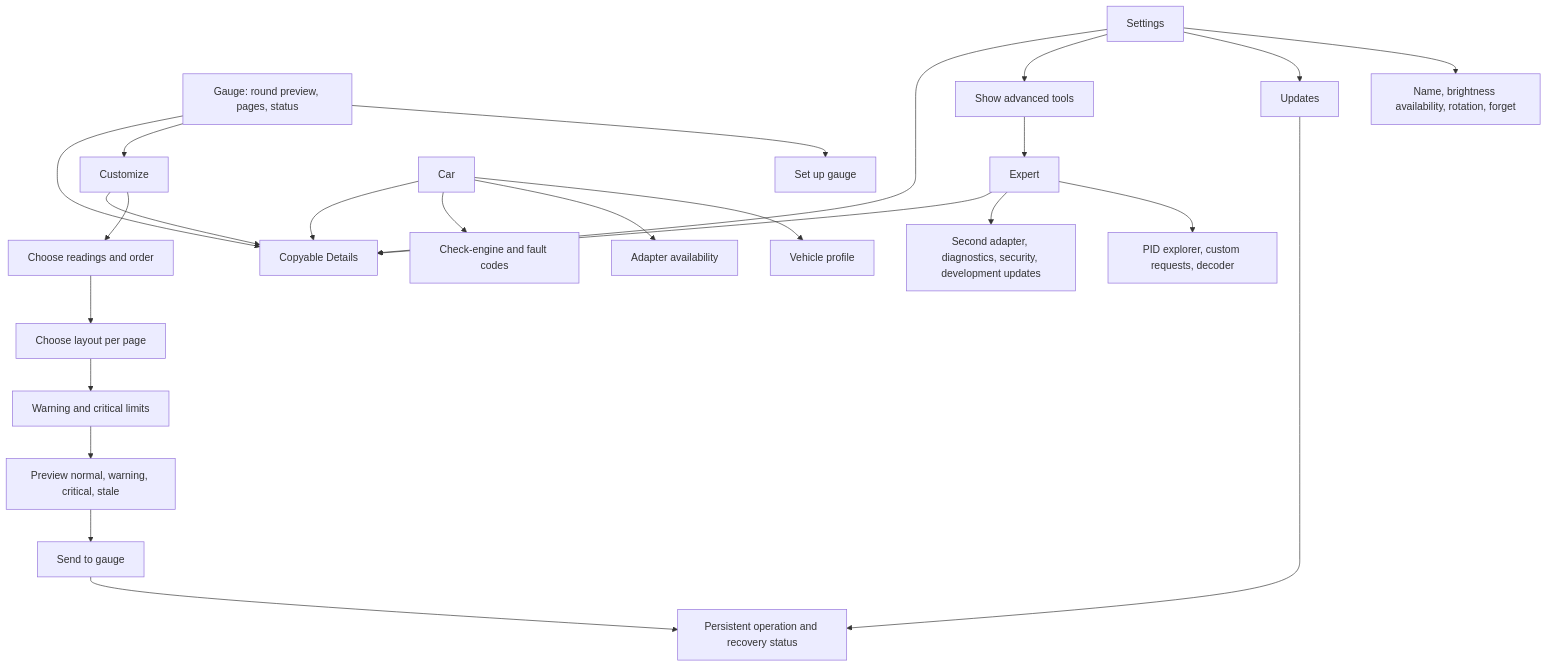
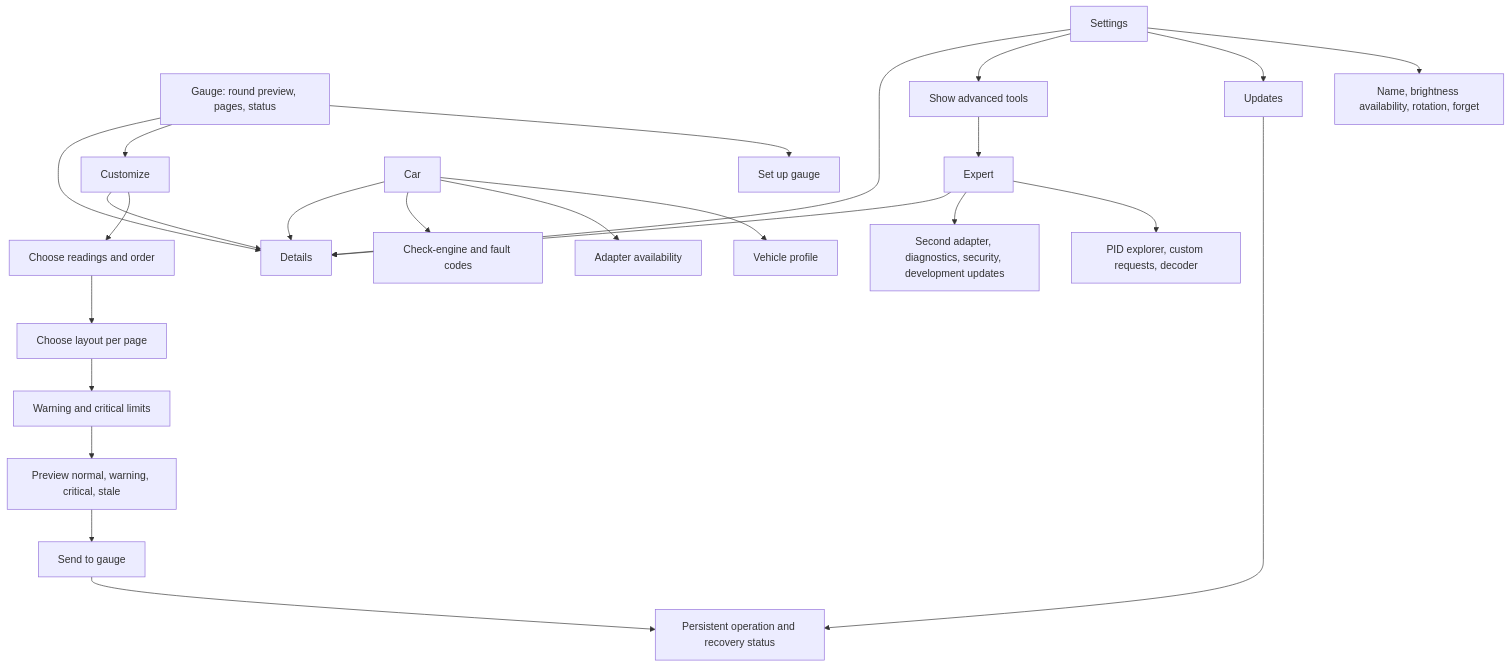
Before and after one commit to lstepnio/ESP32OBD2: the diagram in docs/design/redesign/concept.md, drawn with Mermaid. The commit also changed other lines of this file and 11 other files, not shown here.

````diff
--- a/docs/design/redesign/concept.md
+++ b/docs/design/redesign/concept.md
@@ -7,21 +7,21 @@
 ```mermaid
 flowchart TD
   Gauge[Gauge: round preview, pages, status] --> Setup[Set up gauge]
   Gauge --> Customize[Customize]
   Customize --> Readings[Choose readings and order]
   Readings --> Layout[Choose layout per page]
   Layout --> Limits[Warning and critical limits]
   Limits --> Review[Preview normal, warning, critical, stale]
   Review --> Send[Send to gauge]
   Car[Car] --> Profile[Vehicle profile]
   Car --> Adapter[Adapter availability]
   Car --> Faults[Check-engine and fault codes]
   Settings[Settings] --> Device[Name, brightness availability, rotation, forget]
   Settings --> Updates[Updates]
   Settings --> Advanced[Show advanced tools]
   Advanced --> Expert[Expert]
   Expert --> Labs[PID explorer, custom requests, decoder]
   Expert --> Diagnostics[Second adapter, diagnostics, security, development updates]
-  Gauge & Car & Settings & Customize & Expert --> Details[Copyable Details]
+  Gauge & Car & Settings & Customize & Expert --> Details[Details]
   Send & Updates --> Operation[Persistent operation and recovery status]
 ```
````
